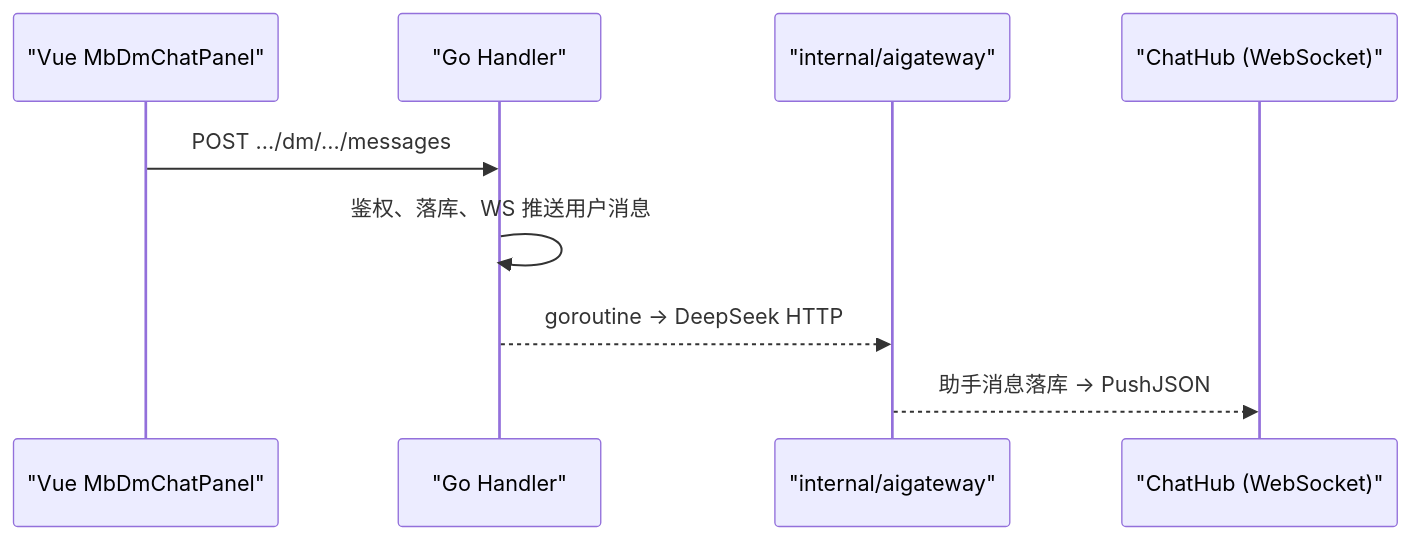
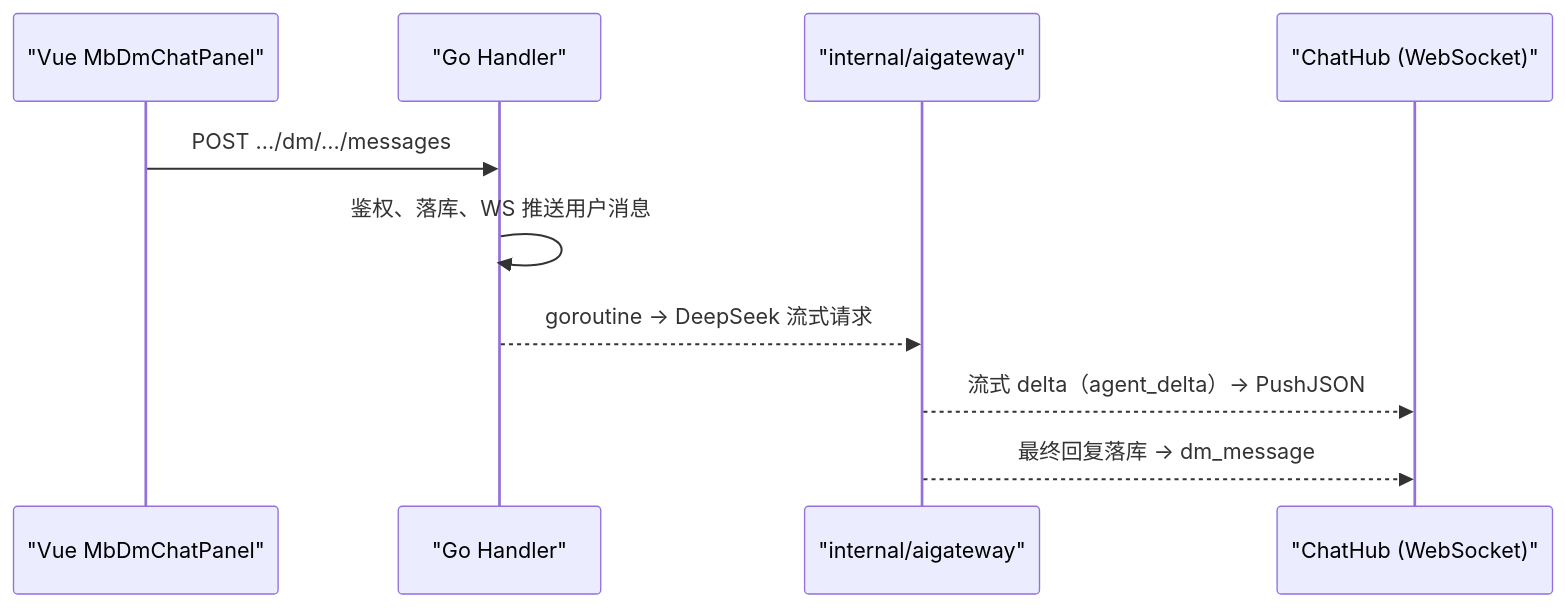
The first of 2 diagrams in docs/ai-gateway.md (earthcake2233/cakecake), drawn with Mermaid before and after one commit. The commit also changed other lines of this file and 6 other files, not shown here.

Commit message:
docs(ai): sync gateway docs and default DeepSeek model to v4-flash

````diff
--- a/docs/ai-gateway.md
+++ b/docs/ai-gateway.md
@@ -25,12 +18,13 @@
 ```mermaid
 sequenceDiagram
     participant V as "Vue MbDmChatPanel"
     participant Go as "Go Handler"
     participant AI as "internal/aigateway"
     participant WS as "ChatHub (WebSocket)"
 
     V->>Go: POST .../dm/.../messages
     Go->>Go: 鉴权、落库、WS 推送用户消息
-    Go-->>AI: goroutine → DeepSeek HTTP
-    AI-->>WS: 助手消息落库 → PushJSON
+    Go-->>AI: goroutine → DeepSeek 流式请求
+    AI-->>WS: 流式 delta（agent_delta）→ PushJSON
+    AI-->>WS: 最终回复落库 → dm_message
 ```
````
